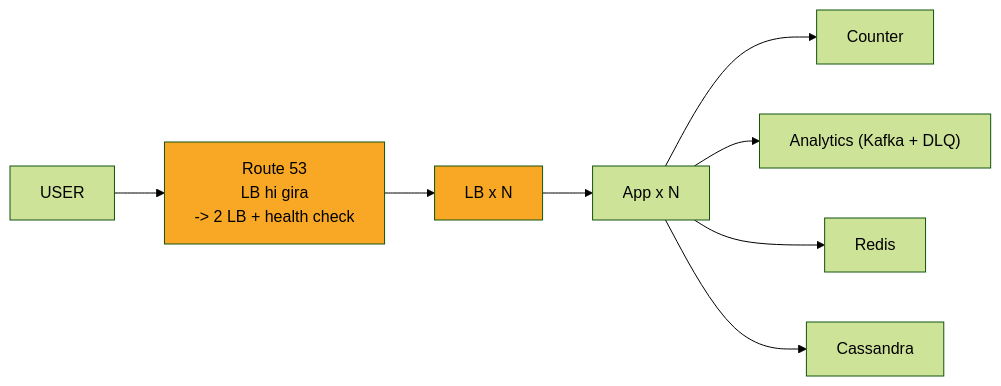
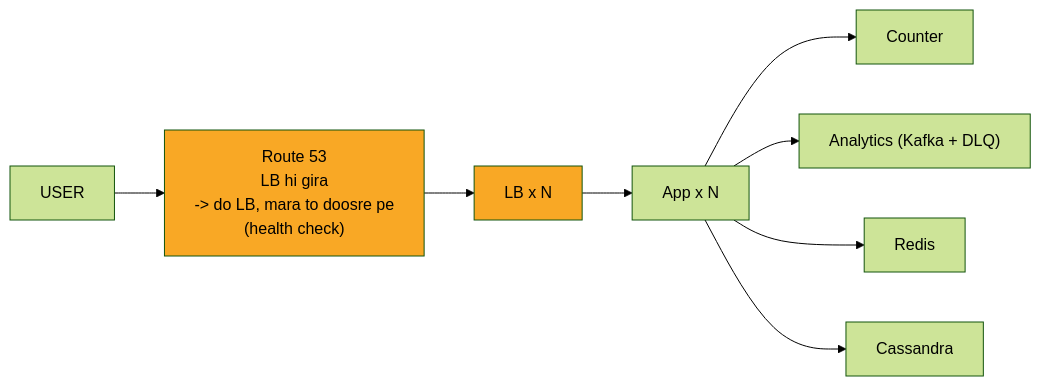
Before and after one commit to ArpanMaheshwari144/Prep: the eighth of 10 diagrams in 04_HLD/SYSTEM_DESIGNS/01_url_shortener/01_url_shortener.md, drawn with Mermaid (forest theme). The commit also changed other lines of this file and 13 other files, not shown here.

````diff
--- a/04_HLD/SYSTEM_DESIGNS/01_url_shortener/01_url_shortener.md
+++ b/04_HLD/SYSTEM_DESIGNS/01_url_shortener/01_url_shortener.md
@@ -329,20 +329,20 @@
 ```mermaid
 flowchart LR
     n_USER["USER"]
-    n_Route_53["Route 53<br/>LB hi gira<br/>-> 2 LB + health check"]
+    n_Route_53["Route 53<br/>LB hi gira<br/>-> do LB, mara to doosre pe<br/>(health check)"]
     n_LB_xN["LB x N"]
     n_App_xN["App x N"]
     n_Counter["Counter"]
     n_ANA["Analytics (Kafka + DLQ)"]
     n_Redis["Redis"]
     n_Cassandra["Cassandra"]
     n_USER --> n_Route_53
     n_Route_53 --> n_LB_xN
     n_LB_xN --> n_App_xN
     n_App_xN --> n_Counter
     n_App_xN --> n_ANA
     n_App_xN --> n_Redis
     n_App_xN --> n_Cassandra
     style n_Route_53 fill:#f9a825,color:#000
     style n_LB_xN fill:#f9a825,color:#000
 ```
````
